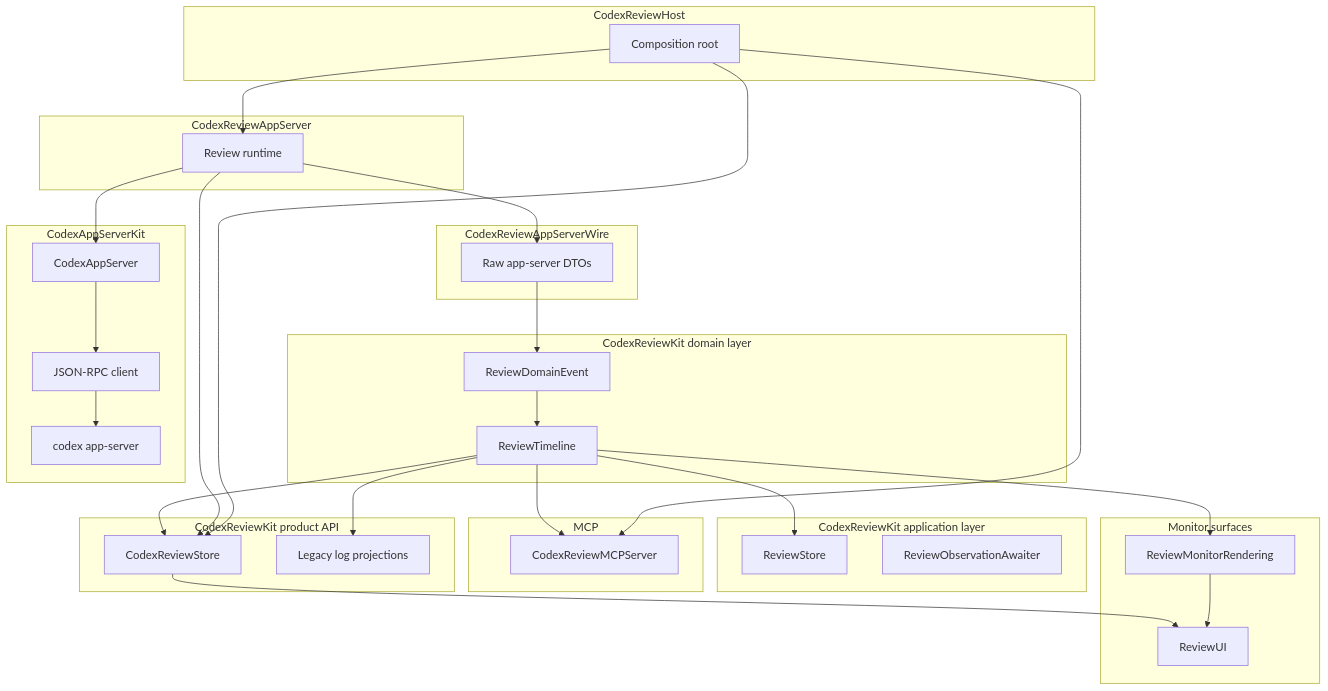
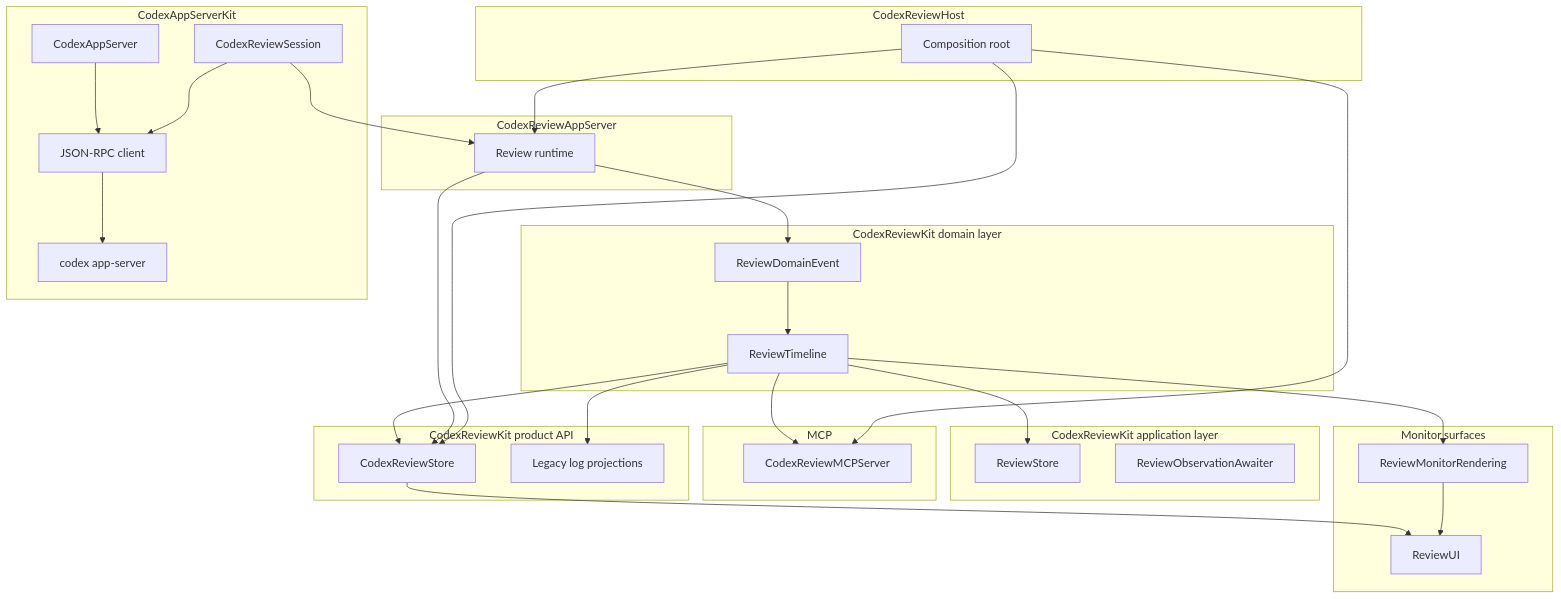
The diagram in Docs/architecture.md (lynnswap/CodexReviewKit), drawn with Mermaid before and after one commit. The commit also changed other lines of this file, not shown here.

Commit message:
docs(architecture): clarify review stream ownership

````diff
--- a/Docs/architecture.md
+++ b/Docs/architecture.md
@@ -96,62 +108,59 @@
 ```mermaid
 flowchart TB
     subgraph Domain["CodexReviewKit domain layer"]
         DomainEvents["ReviewDomainEvent"]
         Timeline["ReviewTimeline"]
     end
 
     subgraph Application["CodexReviewKit application layer"]
         AppStore["ReviewStore"]
         Awaiter["ReviewObservationAwaiter"]
     end
 
     subgraph Product["CodexReviewKit product API"]
         PublicStore["CodexReviewStore"]
         LegacyProjection["Legacy log projections"]
     end
 
-    subgraph Wire["CodexReviewAppServerWire"]
-        WireDTO["Raw app-server DTOs"]
-    end
-
     subgraph Kit["CodexAppServerKit"]
         DomainAPI["CodexAppServer"]
+        ReviewSession["CodexReviewSession"]
         Client["JSON-RPC client"]
         Process["codex app-server"]
     end
 
     subgraph AppServer["CodexReviewAppServer"]
         Runtime["Review runtime"]
     end
 
     subgraph MCP["MCP"]
         MCPServer["CodexReviewMCPServer"]
     end
 
     subgraph Monitor["Monitor surfaces"]
         Renderer["ReviewMonitorRendering"]
         UI["ReviewUI"]
     end
 
     subgraph Host["CodexReviewHost"]
         Composition["Composition root"]
     end
 
-    WireDTO --> DomainEvents
+    ReviewSession --> Runtime
+    Runtime --> DomainEvents
     DomainEvents --> Timeline
     Timeline --> AppStore
     Timeline --> PublicStore
     Timeline --> LegacyProjection
     Timeline --> MCPServer
     Timeline --> Renderer
     PublicStore --> UI
     Renderer --> UI
     DomainAPI --> Client
+    ReviewSession --> Client
     Client --> Process
-    Runtime --> DomainAPI
-    Runtime --> WireDTO
     Runtime --> PublicStore
     Composition --> Runtime
     Composition --> MCPServer
     Composition --> PublicStore
 ```
````
